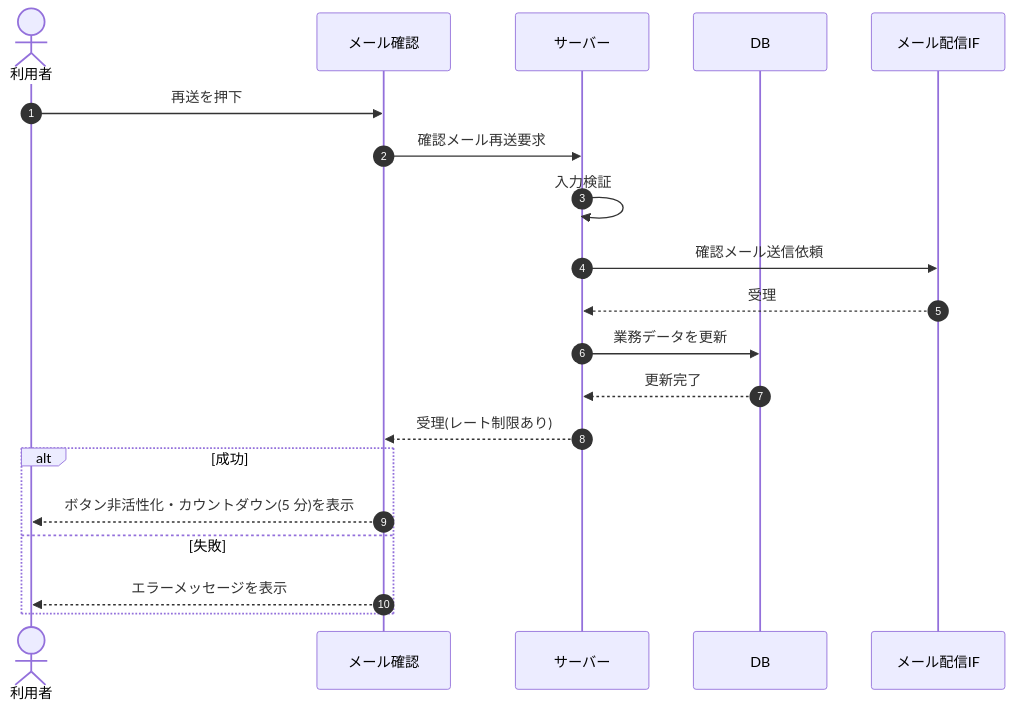
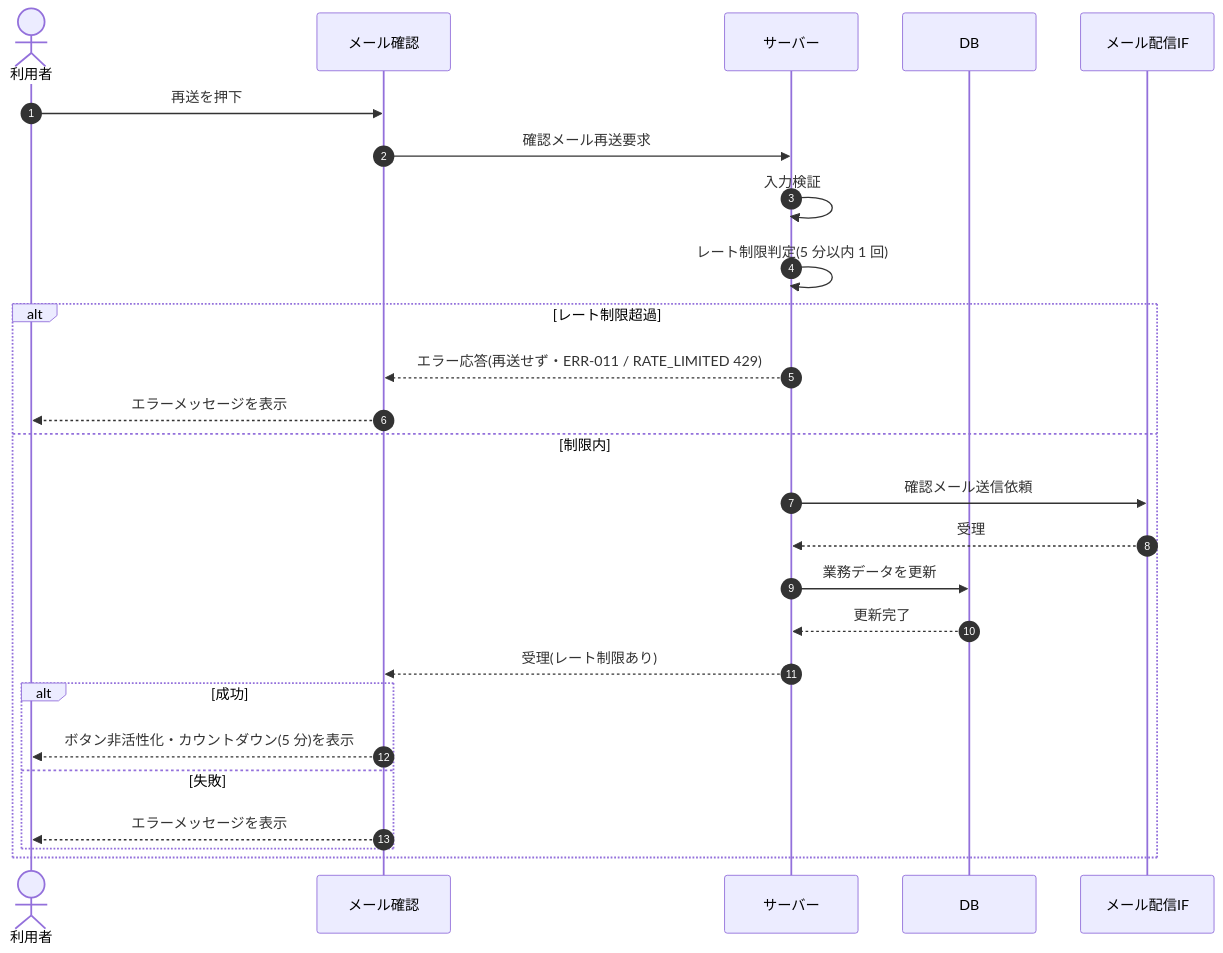
One commit to sikakou54/open-faq changed the diagram in 02_basic_design/03_sequences/SEQ-065.md. Above: the diagram before and after it, drawn with Mermaid. The commit also changed other lines of this file and 54 other files, not shown here.

````diff
--- a/02_basic_design/03_sequences/SEQ-065.md
+++ b/02_basic_design/03_sequences/SEQ-065.md
@@ -24,22 +24,28 @@
 ```mermaid
 sequenceDiagram
   autonumber
   actor U as 利用者
   participant Screen as メール確認
   participant Server as サーバー
   participant DB as DB
   participant MAIL as メール配信IF
   U->>Screen: 再送を押下
   Screen->>Server: 確認メール再送要求
   Server->>Server: 入力検証
-  Server->>MAIL: 確認メール送信依頼
-  MAIL-->>Server: 受理
-  Server->>DB: 業務データを更新
-  DB-->>Server: 更新完了
-  Server-->>Screen: 受理(レート制限あり)
-  alt 成功
-    Screen-->>U: ボタン非活性化・カウントダウン(5 分)を表示
-  else 失敗
+  Server->>Server: レート制限判定(5 分以内 1 回)
+  alt レート制限超過
+    Server-->>Screen: エラー応答(再送せず・ERR-011 / RATE_LIMITED 429)
     Screen-->>U: エラーメッセージを表示
+  else 制限内
+    Server->>MAIL: 確認メール送信依頼
+    MAIL-->>Server: 受理
+    Server->>DB: 業務データを更新
+    DB-->>Server: 更新完了
+    Server-->>Screen: 受理(レート制限あり)
+    alt 成功
+      Screen-->>U: ボタン非活性化・カウントダウン(5 分)を表示
+    else 失敗
+      Screen-->>U: エラーメッセージを表示
+    end
   end
 ```
````
